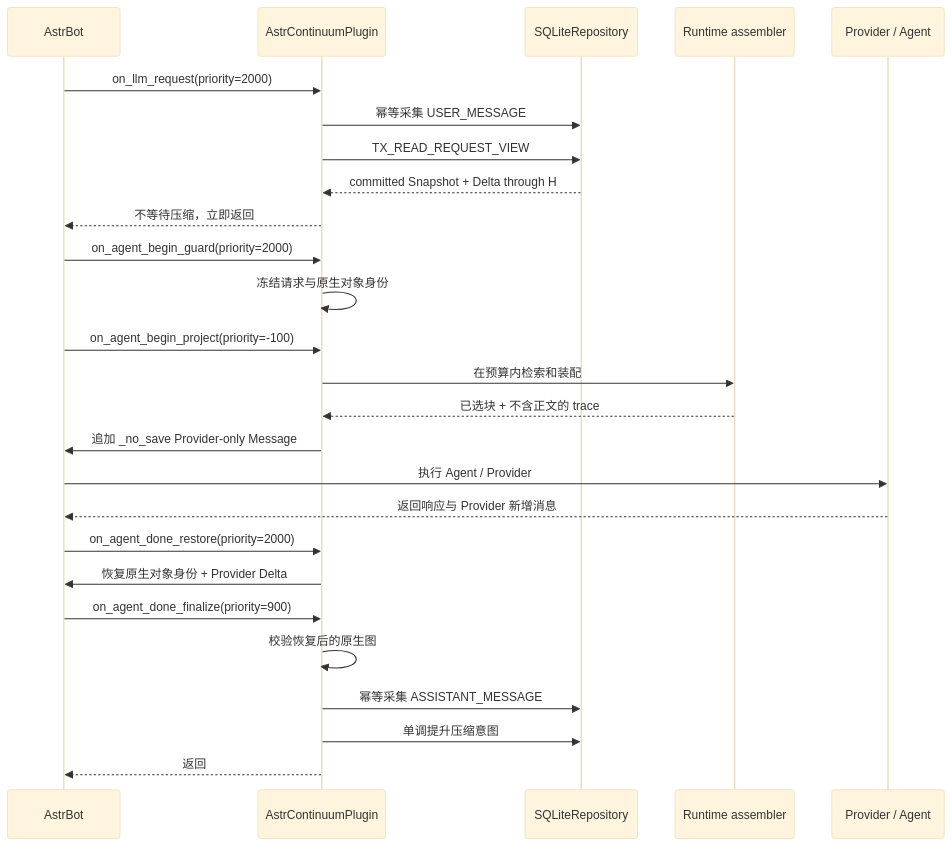
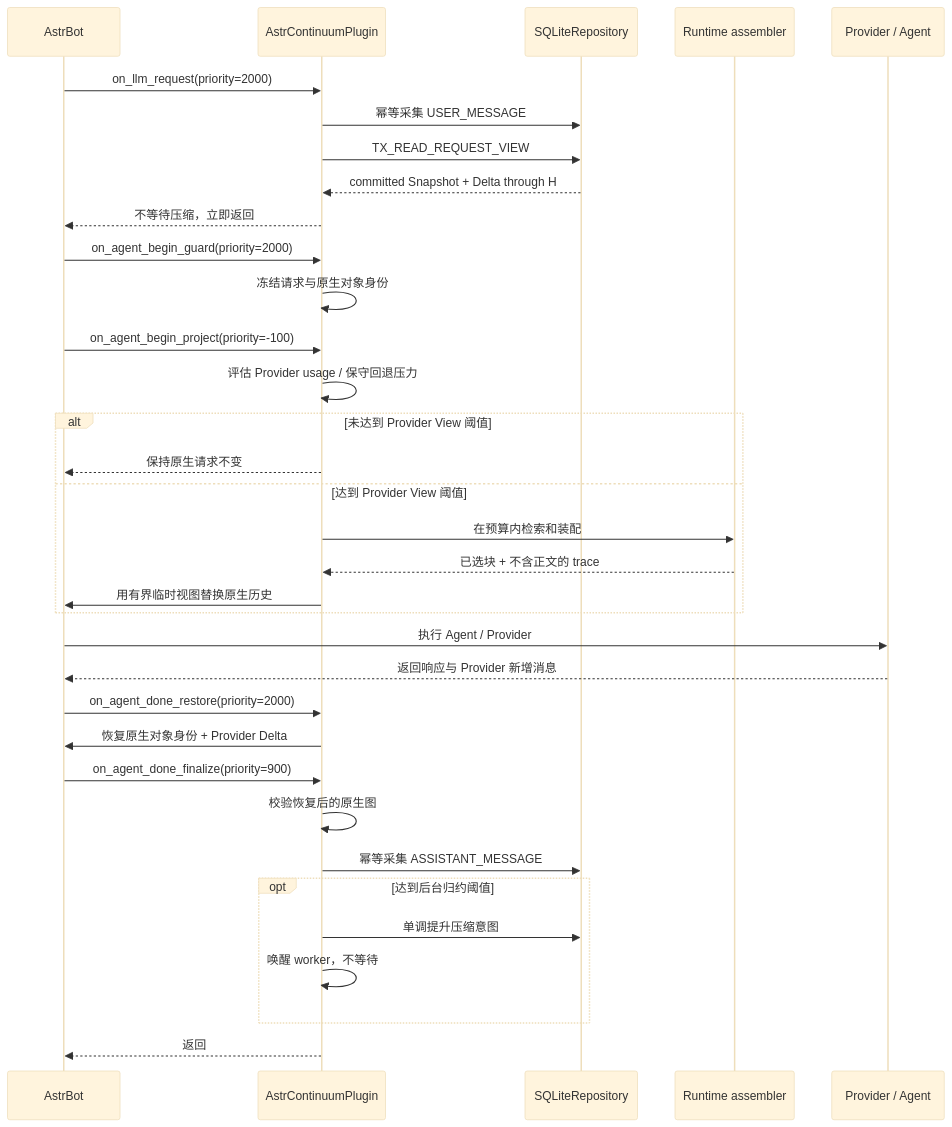
The second of 2 diagrams in docs/ARCHITECTURE.zh-CN.md (2718labs/astrbot_plugin_astrcontinuum), drawn with Mermaid (base theme) before and after one commit. The commit also changed other lines of this file and 33 other files, not shown here.

````diff
--- a/docs/ARCHITECTURE.zh-CN.md
+++ b/docs/ARCHITECTURE.zh-CN.md
@@ -171,34 +174,42 @@
 ```mermaid
 sequenceDiagram
     participant AB as AstrBot
     participant AC as AstrContinuumPlugin
     participant DB as SQLiteRepository
     participant RT as Runtime assembler
     participant LLM as Provider / Agent
 
     AB->>AC: on_llm_request(priority=2000)
     AC->>DB: 幂等采集 USER_MESSAGE
     AC->>DB: TX_READ_REQUEST_VIEW
     DB-->>AC: committed Snapshot + Delta through H
     AC-->>AB: 不等待压缩，立即返回
 
     AB->>AC: on_agent_begin_guard(priority=2000)
     AC->>AC: 冻结请求与原生对象身份
 
     AB->>AC: on_agent_begin_project(priority=-100)
-    AC->>RT: 在预算内检索和装配
-    RT-->>AC: 已选块 + 不含正文的 trace
-    AC->>AB: 追加 _no_save Provider-only Message
+    AC->>AC: 评估 Provider usage / 保守回退压力
+    alt 未达到 Provider View 阈值
+        AC-->>AB: 保持原生请求不变
+    else 达到 Provider View 阈值
+        AC->>RT: 在预算内检索和装配
+        RT-->>AC: 已选块 + 不含正文的 trace
+        AC->>AB: 用有界临时视图替换原生历史
+    end
 
     AB->>LLM: 执行 Agent / Provider
     LLM-->>AB: 返回响应与 Provider 新增消息
 
     AB->>AC: on_agent_done_restore(priority=2000)
     AC->>AB: 恢复原生对象身份 + Provider Delta
 
     AB->>AC: on_agent_done_finalize(priority=900)
     AC->>AC: 校验恢复后的原生图
     AC->>DB: 幂等采集 ASSISTANT_MESSAGE
-    AC->>DB: 单调提升压缩意图
+    opt 达到后台归约阈值
+        AC->>DB: 单调提升压缩意图
+        AC->>AC: 唤醒 worker，不等待
+    end
     AC-->>AB: 返回
 ```
````
